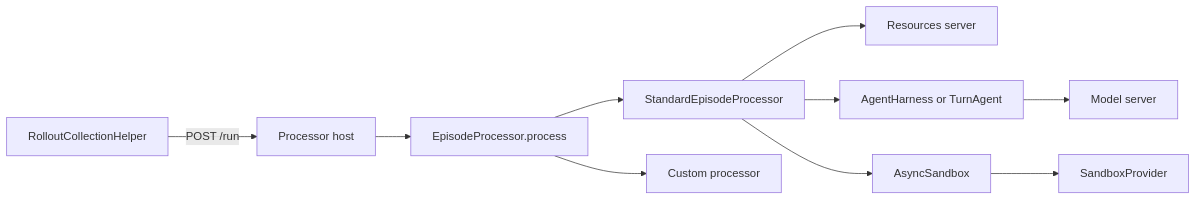
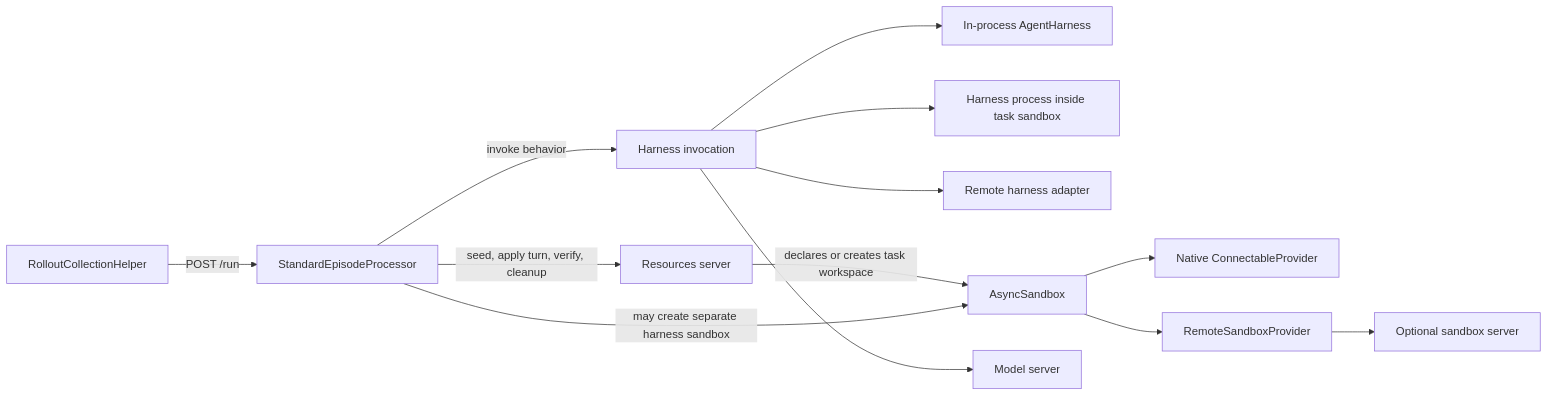
Before and after one commit to ananthsub/Gym: the first of 2 diagrams in investigations/episode-orchestration-design.md, drawn with Mermaid. The commit also changed other lines of this file and 1 other file, not shown here.

First line of the commit message:
docs(investigations): apply technical prose style to sandbox design

````diff
--- a/investigations/episode-orchestration-design.md
+++ b/investigations/episode-orchestration-design.md
@@ -36,12 +56,15 @@
 ```mermaid
 flowchart LR
-    Collector["RolloutCollectionHelper"] -->|POST /run| Host["Processor host"]
-    Host --> Processor["EpisodeProcessor.process"]
-    Processor --> Standard["StandardEpisodeProcessor"]
-    Processor --> Custom["Custom processor"]
-    Standard --> Environment["Resources server"]
-    Standard --> Harness["AgentHarness or TurnAgent"]
-    Standard --> Sandbox["AsyncSandbox"]
-    Sandbox --> Provider["SandboxProvider"]
-    Harness --> Model["Model server"]
+    Collector["RolloutCollectionHelper"] -->|POST /run| Processor["StandardEpisodeProcessor"]
+    Processor -->|seed, apply turn, verify, cleanup| Resources["Resources server"]
+    Processor -->|invoke behavior| Adapter["Harness invocation"]
+    Adapter --> Local["In-process AgentHarness"]
+    Adapter --> Guest["Harness process inside task sandbox"]
+    Adapter --> Remote["Remote harness adapter"]
+    Resources -->|declares or creates task workspace| Sandbox["AsyncSandbox"]
+    Processor -->|may create separate harness sandbox| Sandbox
+    Sandbox --> Direct["Native ConnectableProvider"]
+    Sandbox --> Proxy["RemoteSandboxProvider"]
+    Proxy --> Server["Optional sandbox server"]
+    Adapter --> Model["Model server"]
 ```
````
